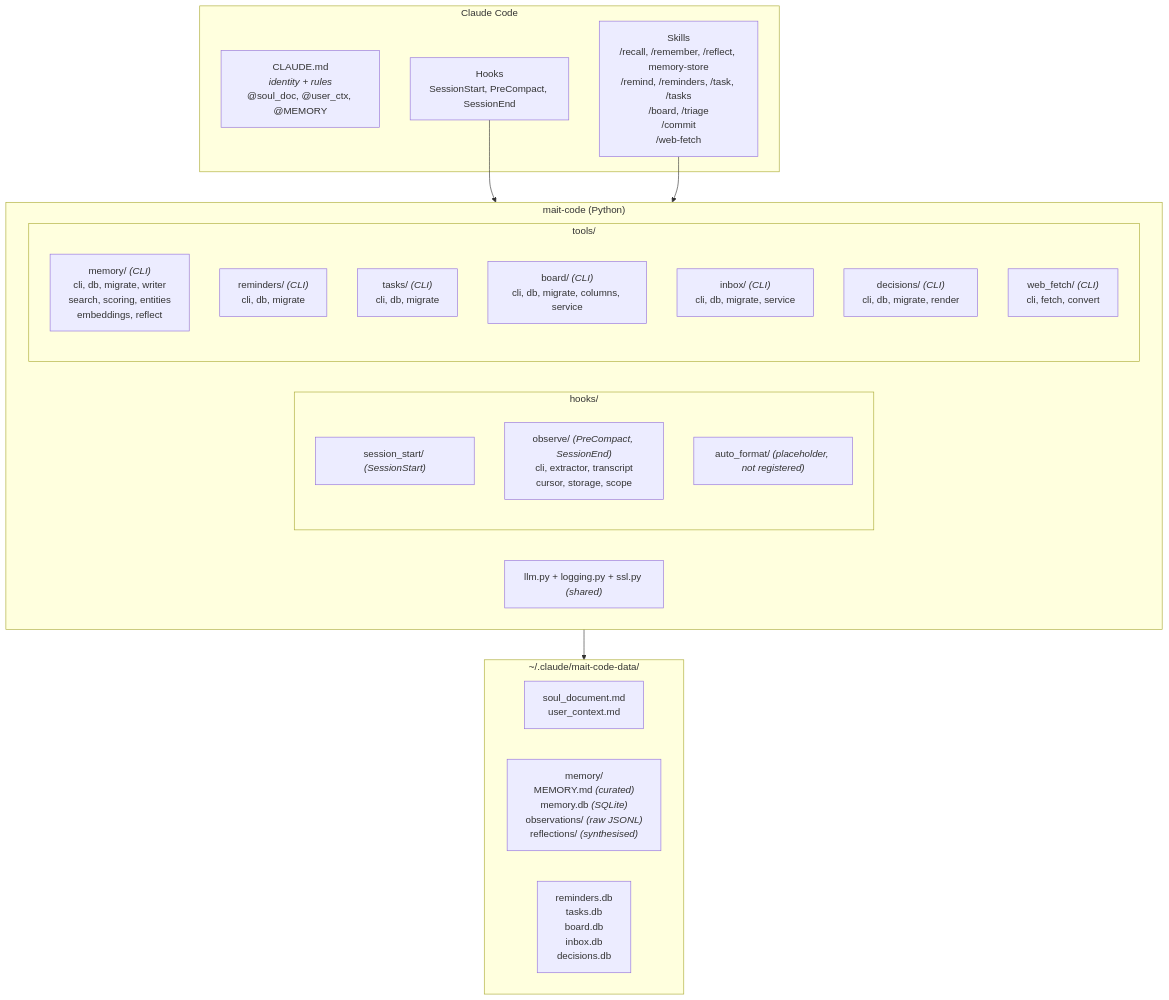
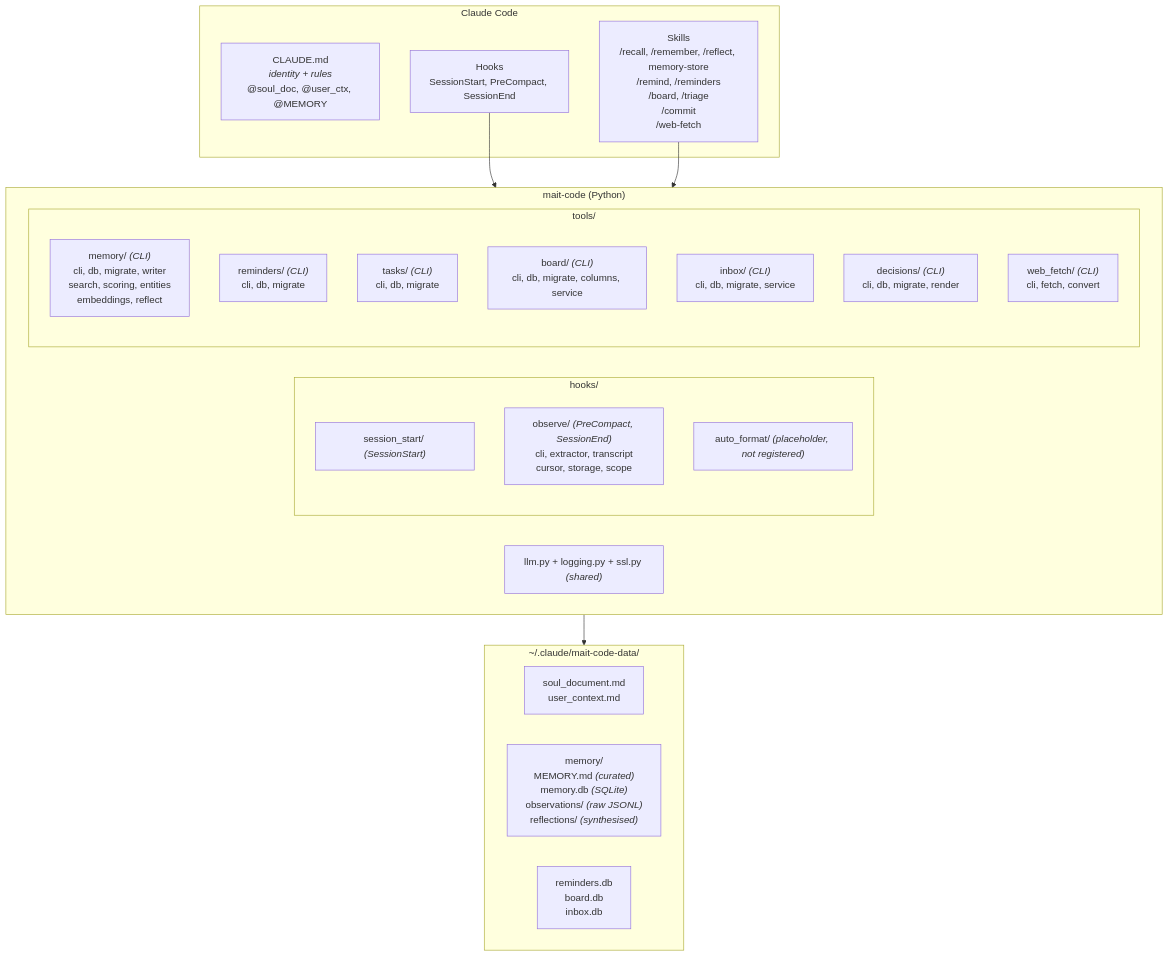
The first of 4 diagrams in docs/architecture.md (wiktordepina/mait-code), drawn with Mermaid before and after one commit. The commit also changed other lines of this file and 29 other files, not shown here.

First line of the commit message:
chore: remove the tasks subsystem (superseded by the board)

````diff
--- a/docs/architecture.md
+++ b/docs/architecture.md
@@ -14,36 +14,36 @@
 ```mermaid
 graph TD
     subgraph claude_code ["Claude Code"]
         CLAUDE_MD["CLAUDE.md<br/><i>identity + rules</i><br/>@soul_doc, @user_ctx, @MEMORY"]
         HOOKS["Hooks<br/>SessionStart, PreCompact, SessionEnd"]
-        SKILLS["Skills<br/>/recall, /remember, /reflect, memory-store<br/>/remind, /reminders, /task, /tasks<br/>/board, /triage<br/>/commit<br/>/web-fetch"]
+        SKILLS["Skills<br/>/recall, /remember, /reflect, memory-store<br/>/remind, /reminders<br/>/board, /triage<br/>/commit<br/>/web-fetch"]
     end
 
     subgraph mait_code ["mait-code (Python)"]
         subgraph hooks_pkg ["hooks/"]
             session_start["session_start/ <i>(SessionStart)</i>"]
             observe["observe/ <i>(PreCompact, SessionEnd)</i><br/>cli, extractor, transcript<br/>cursor, storage, scope"]
             auto_format["auto_format/ <i>(placeholder, not registered)</i>"]
         end
         subgraph tools_pkg ["tools/"]
             memory_tool["memory/ <i>(CLI)</i><br/>cli, db, migrate, writer<br/>search, scoring, entities<br/>embeddings, reflect"]
             reminders_tool["reminders/ <i>(CLI)</i><br/>cli, db, migrate"]
             tasks_tool["tasks/ <i>(CLI)</i><br/>cli, db, migrate"]
             board_tool["board/ <i>(CLI)</i><br/>cli, db, migrate, columns, service"]
             inbox_tool["inbox/ <i>(CLI)</i><br/>cli, db, migrate, service"]
             decisions_tool["decisions/ <i>(CLI)</i><br/>cli, db, migrate, render"]
             web_fetch_tool["web_fetch/ <i>(CLI)</i><br/>cli, fetch, convert"]
         end
         shared["llm.py + logging.py + ssl.py <i>(shared)</i>"]
     end
 
     subgraph data_dir ["~/.claude/mait-code-data/"]
         identity["soul_document.md<br/>user_context.md"]
         memory_store["memory/<br/>MEMORY.md <i>(curated)</i><br/>memory.db <i>(SQLite)</i><br/>observations/ <i>(raw JSONL)</i><br/>reflections/ <i>(synthesised)</i>"]
-        other_dbs["reminders.db<br/>tasks.db<br/>board.db<br/>inbox.db<br/>decisions.db"]
+        other_dbs["reminders.db<br/>board.db<br/>inbox.db"]
     end
 
     HOOKS --> mait_code
     SKILLS --> mait_code
     mait_code --> data_dir
 ```
````
